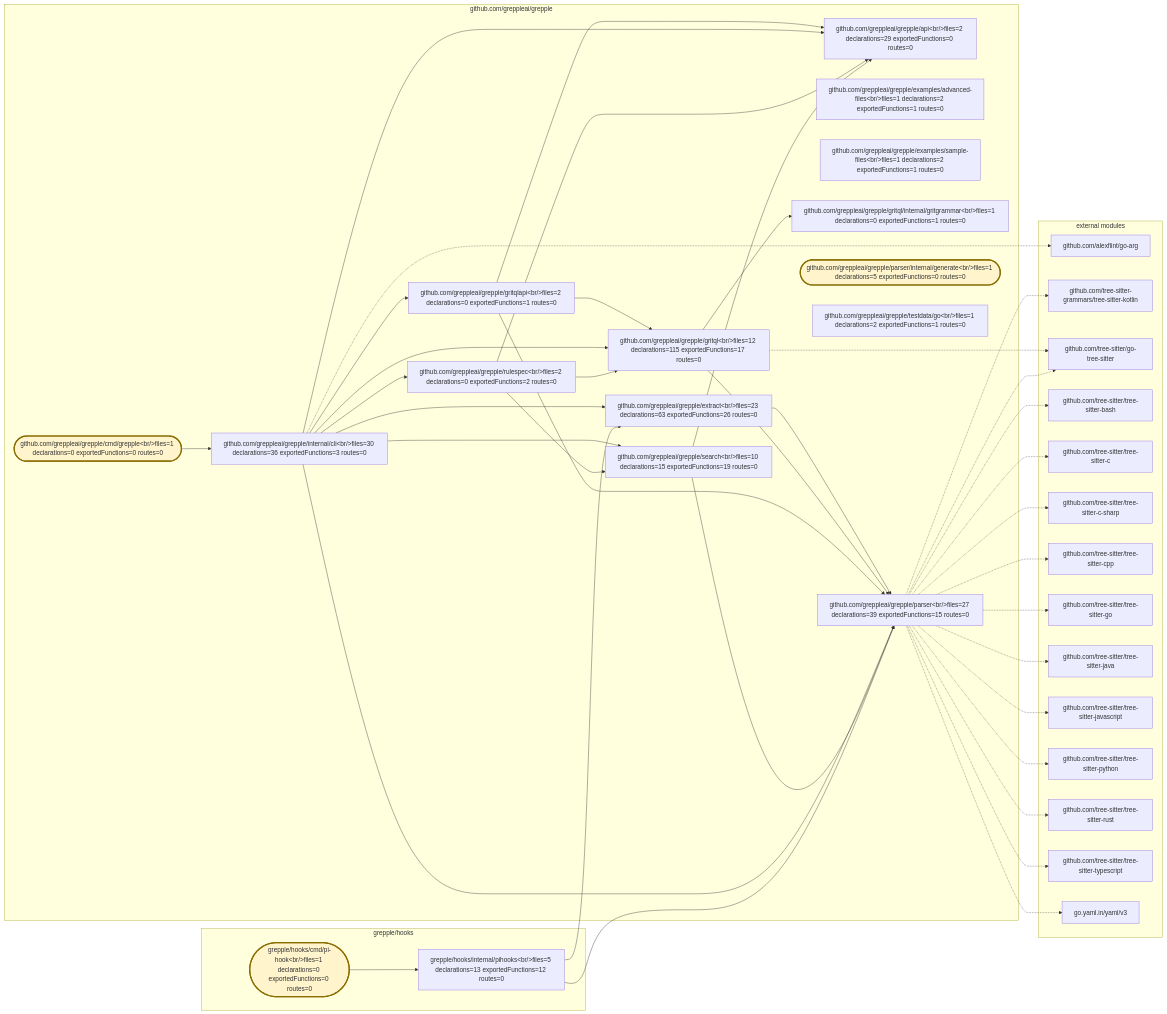
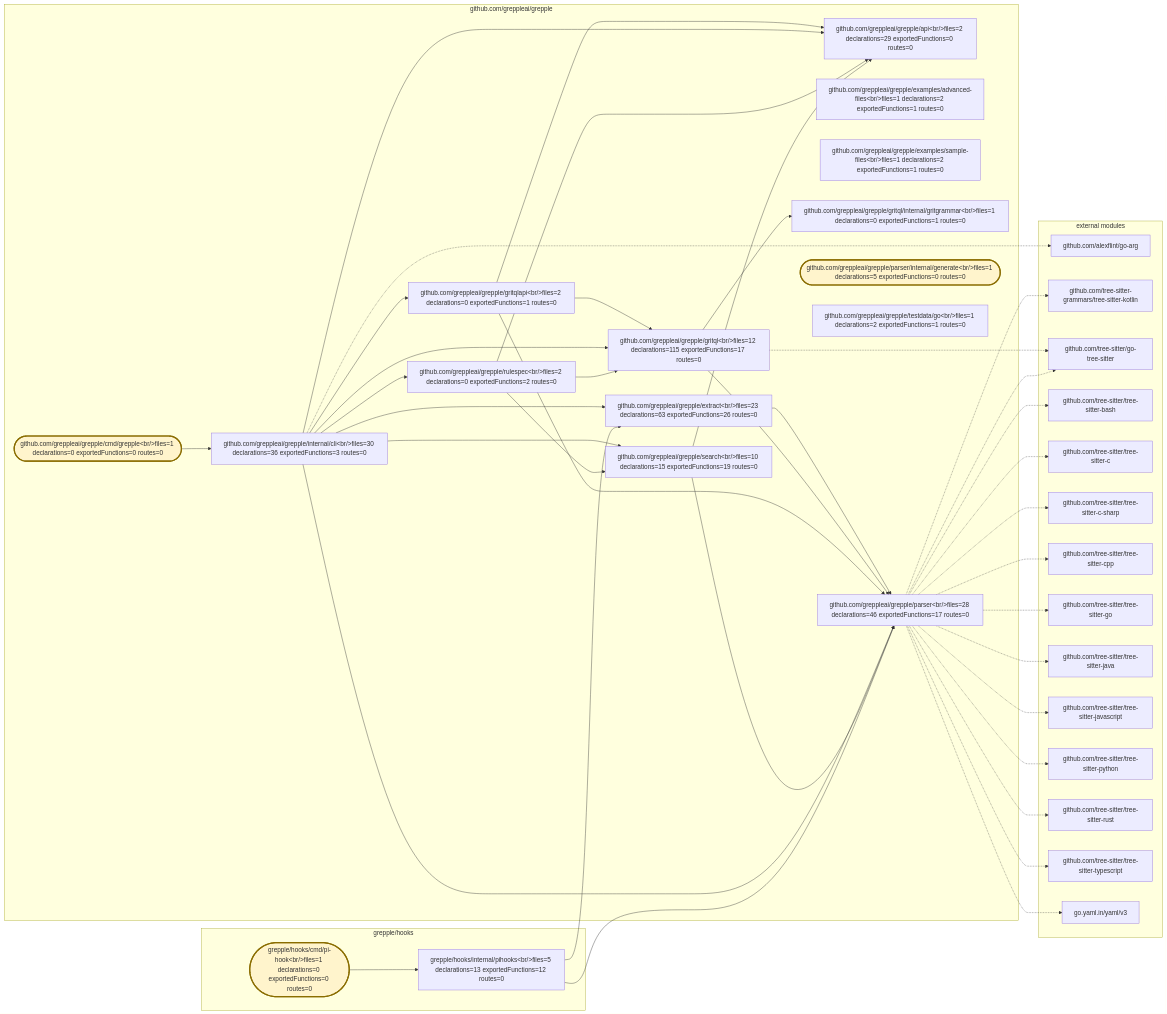
Before and after one commit to greppleai/grepple: the diagram in .grepple/project.workspace/overview.mmd, drawn with Mermaid. The commit also changed 23 other files, not shown here.

```diff
--- a/.grepple/project.workspace/overview.mmd
+++ b/.grepple/project.workspace/overview.mmd
@@ -1,78 +1,78 @@
 flowchart LR
     classDef entrypoint fill:#fff4cc,stroke:#8a6d00,stroke-width:3px
     subgraph module_0["github.com/greppleai/grepple"]
         package_0["github.com/greppleai/grepple/api&lt;br/&gt;files=2 declarations=29 exportedFunctions=0 routes=0"]
         package_1(["github.com/greppleai/grepple/cmd/grepple&lt;br/&gt;files=1 declarations=0 exportedFunctions=0 routes=0"])
         class package_1 entrypoint
         package_2["github.com/greppleai/grepple/examples/advanced-files&lt;br/&gt;files=1 declarations=2 exportedFunctions=1 routes=0"]
         package_3["github.com/greppleai/grepple/examples/sample-files&lt;br/&gt;files=1 declarations=2 exportedFunctions=1 routes=0"]
         package_4["github.com/greppleai/grepple/extract&lt;br/&gt;files=23 declarations=63 exportedFunctions=26 routes=0"]
         package_5["github.com/greppleai/grepple/gritql&lt;br/&gt;files=12 declarations=115 exportedFunctions=17 routes=0"]
         package_6["github.com/greppleai/grepple/gritql/internal/gritgrammar&lt;br/&gt;files=1 declarations=0 exportedFunctions=1 routes=0"]
         package_7["github.com/greppleai/grepple/gritqlapi&lt;br/&gt;files=2 declarations=0 exportedFunctions=1 routes=0"]
         package_8["github.com/greppleai/grepple/internal/cli&lt;br/&gt;files=30 declarations=36 exportedFunctions=3 routes=0"]
-        package_9["github.com/greppleai/grepple/parser&lt;br/&gt;files=27 declarations=39 exportedFunctions=15 routes=0"]
+        package_9["github.com/greppleai/grepple/parser&lt;br/&gt;files=28 declarations=46 exportedFunctions=17 routes=0"]
         package_10(["github.com/greppleai/grepple/parser/internal/generate&lt;br/&gt;files=1 declarations=5 exportedFunctions=0 routes=0"])
         class package_10 entrypoint
         package_11["github.com/greppleai/grepple/rulespec&lt;br/&gt;files=2 declarations=0 exportedFunctions=2 routes=0"]
         package_12["github.com/greppleai/grepple/search&lt;br/&gt;files=10 declarations=15 exportedFunctions=19 routes=0"]
         package_13["github.com/greppleai/grepple/testdata/go&lt;br/&gt;files=1 declarations=2 exportedFunctions=1 routes=0"]
     end
     subgraph module_1["grepple/hooks"]
         package_14(["grepple/hooks/cmd/pi-hook&lt;br/&gt;files=1 declarations=0 exportedFunctions=0 routes=0"])
         class package_14 entrypoint
         package_15["grepple/hooks/internal/pihooks&lt;br/&gt;files=5 declarations=13 exportedFunctions=12 routes=0"]
     end
     package_1 --> package_8
     package_4 --> package_9
     package_5 --> package_6
     package_5 --> package_9
     package_7 --> package_0
     package_7 --> package_5
     package_7 --> package_9
     package_8 --> package_0
     package_8 --> package_4
     package_8 --> package_5
     package_8 --> package_7
     package_8 --> package_9
     package_8 --> package_11
     package_8 --> package_12
     package_11 --> package_0
     package_11 --> package_5
     package_11 --> package_12
     package_12 --> package_0
     package_12 --> package_9
     package_14 --> package_15
     package_15 --> package_4
     package_15 --> package_9
     subgraph external_dependencies["external modules"]
         external_0["github.com/alexflint/go-arg"]
         external_1["github.com/tree-sitter-grammars/tree-sitter-kotlin"]
         external_2["github.com/tree-sitter/go-tree-sitter"]
         external_3["github.com/tree-sitter/tree-sitter-bash"]
         external_4["github.com/tree-sitter/tree-sitter-c"]
         external_5["github.com/tree-sitter/tree-sitter-c-sharp"]
         external_6["github.com/tree-sitter/tree-sitter-cpp"]
         external_7["github.com/tree-sitter/tree-sitter-go"]
         external_8["github.com/tree-sitter/tree-sitter-java"]
         external_9["github.com/tree-sitter/tree-sitter-javascript"]
         external_10["github.com/tree-sitter/tree-sitter-python"]
         external_11["github.com/tree-sitter/tree-sitter-rust"]
         external_12["github.com/tree-sitter/tree-sitter-typescript"]
         external_13["go.yaml.in/yaml/v3"]
     end
     package_8 -.-> external_0
     package_9 -.-> external_1
     package_5 -.-> external_2
     package_9 -.-> external_2
     package_9 -.-> external_3
     package_9 -.-> external_4
     package_9 -.-> external_5
     package_9 -.-> external_6
     package_9 -.-> external_7
     package_9 -.-> external_8
     package_9 -.-> external_9
     package_9 -.-> external_10
     package_9 -.-> external_11
     package_9 -.-> external_12
     package_9 -.-> external_13
```
